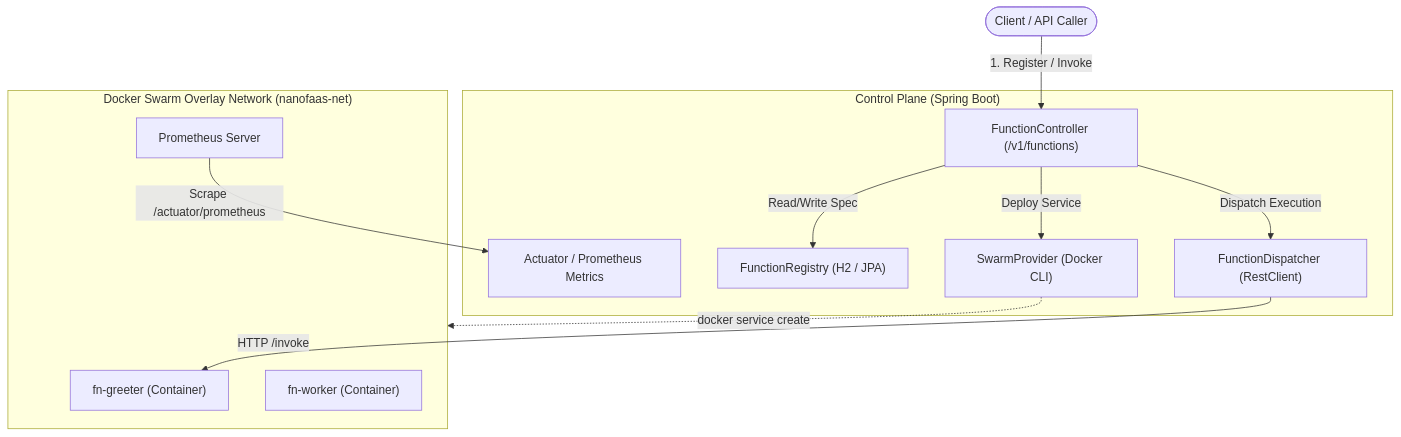
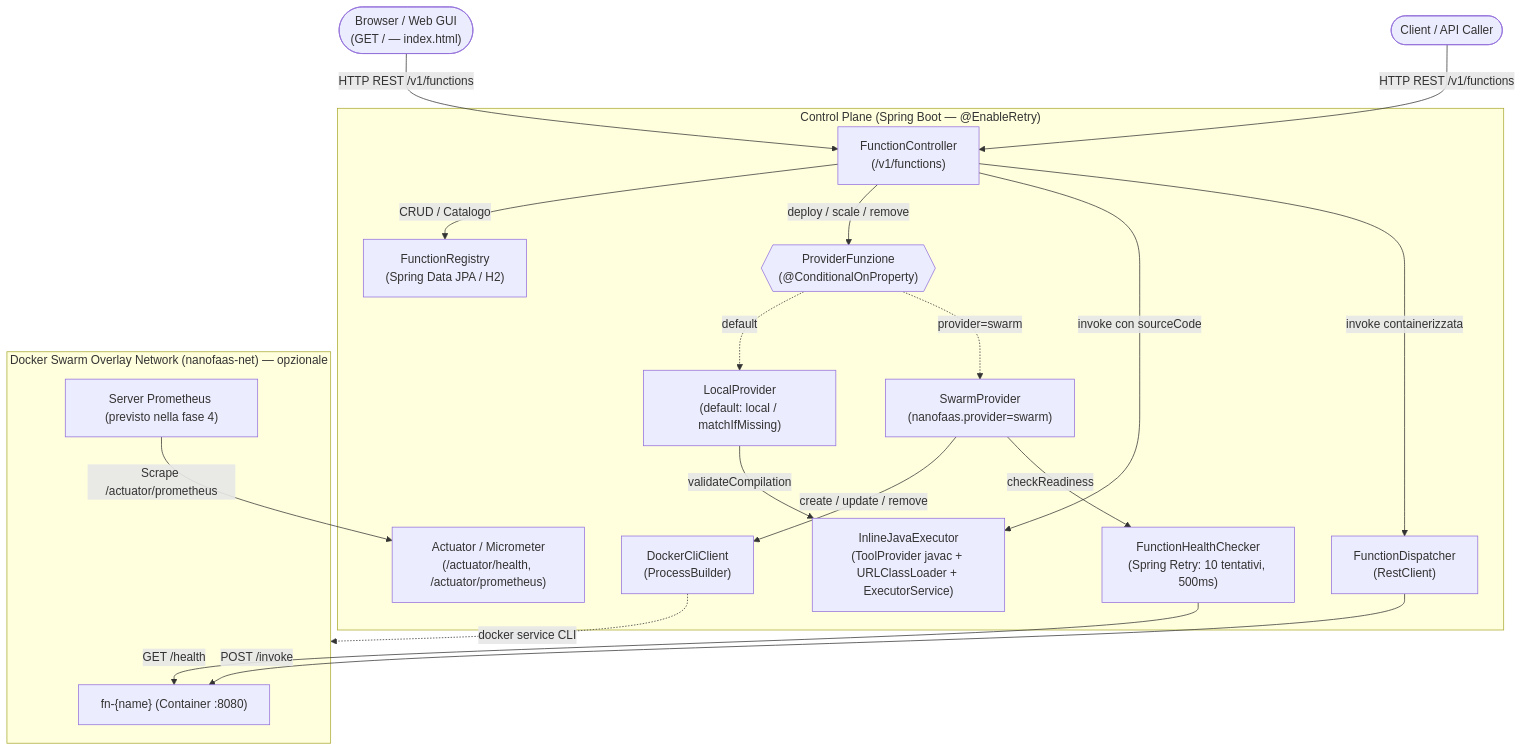
The diagram in README.md (LucaBasanisi/mini_nanofaas), drawn with Mermaid before and after one commit. The commit also changed other lines of this file and 12 other files, not shown here.

Commit message:
aggiunta GUI Web

````diff
--- a/README.md
+++ b/README.md
@@ -11,26 +14,39 @@
 ```mermaid
 flowchart TD
+    Browser(["Browser / Web GUI<br/>(GET / — index.html)"])
     Client(["Client / API Caller"])
-    
-    subgraph ControlPlane ["Control Plane (Spring Boot)"]
-        Controller["FunctionController (/v1/functions)"]
-        Registry["FunctionRegistry (H2 / JPA)"]
-        Dispatcher["FunctionDispatcher (RestClient)"]
-        Actuator["Actuator / Prometheus Metrics"]
-        Provider["SwarmProvider (Docker CLI)"]
+
+    subgraph ControlPlane ["Control Plane (Spring Boot — @EnableRetry)"]
+        Controller["FunctionController<br/>(/v1/functions)"]
+        Registry["FunctionRegistry<br/>(Spring Data JPA / H2)"]
+        Inline["InlineJavaExecutor<br/>(ToolProvider javac + URLClassLoader + ExecutorService)"]
+        ProviderIf{{"ProviderFunzione<br/>(@ConditionalOnProperty)"}}
+        Local["LocalProvider<br/>(default: local / matchIfMissing)"]
+        Swarm["SwarmProvider<br/>(nanofaas.provider=swarm)"]
+        Health["FunctionHealthChecker<br/>(Spring Retry: 10 tentativi, 500ms)"]
+        DockerCli["DockerCliClient<br/>(ProcessBuilder)"]
+        Dispatcher["FunctionDispatcher<br/>(RestClient)"]
+        Actuator["Actuator / Micrometer<br/>(/actuator/health, /actuator/prometheus)"]
     end
 
-    subgraph SwarmNet ["Docker Swarm Overlay Network (nanofaas-net)"]
-        FnA["fn-greeter (Container)"]
-        FnB["fn-worker (Container)"]
-        Prometheus["Prometheus Server"]
+    subgraph SwarmNet ["Docker Swarm Overlay Network (nanofaas-net) — opzionale"]
+        FnA["fn-{name} (Container :8080)"]
+        Prometheus["Server Prometheus (previsto nella fase 4)"]
     end
 
-    Client -->|1. Register / Invoke| Controller
-    Controller -->|Read/Write Spec| Registry
-    Controller -->|Deploy Service| Provider
-    Provider -.->|docker service create| SwarmNet
-    Controller -->|Dispatch Execution| Dispatcher
-    Dispatcher -->|HTTP /invoke| FnA
+    Browser -->|HTTP REST /v1/functions| Controller
+    Client -->|HTTP REST /v1/functions| Controller
+    Controller -->|CRUD / Catalogo| Registry
+    Controller -->|deploy / scale / remove| ProviderIf
+    ProviderIf -.->|default| Local
+    ProviderIf -.->|provider=swarm| Swarm
+    Local -->|validateCompilation| Inline
+    Controller -->|invoke con sourceCode| Inline
+    Controller -->|invoke containerizzata| Dispatcher
+    Swarm -->|create / update / remove| DockerCli
+    Swarm -->|checkReadiness| Health
+    DockerCli -.->|docker service CLI| SwarmNet
+    Health -->|GET /health| FnA
+    Dispatcher -->|POST /invoke| FnA
     Prometheus -->|Scrape /actuator/prometheus| Actuator
 ```
````
